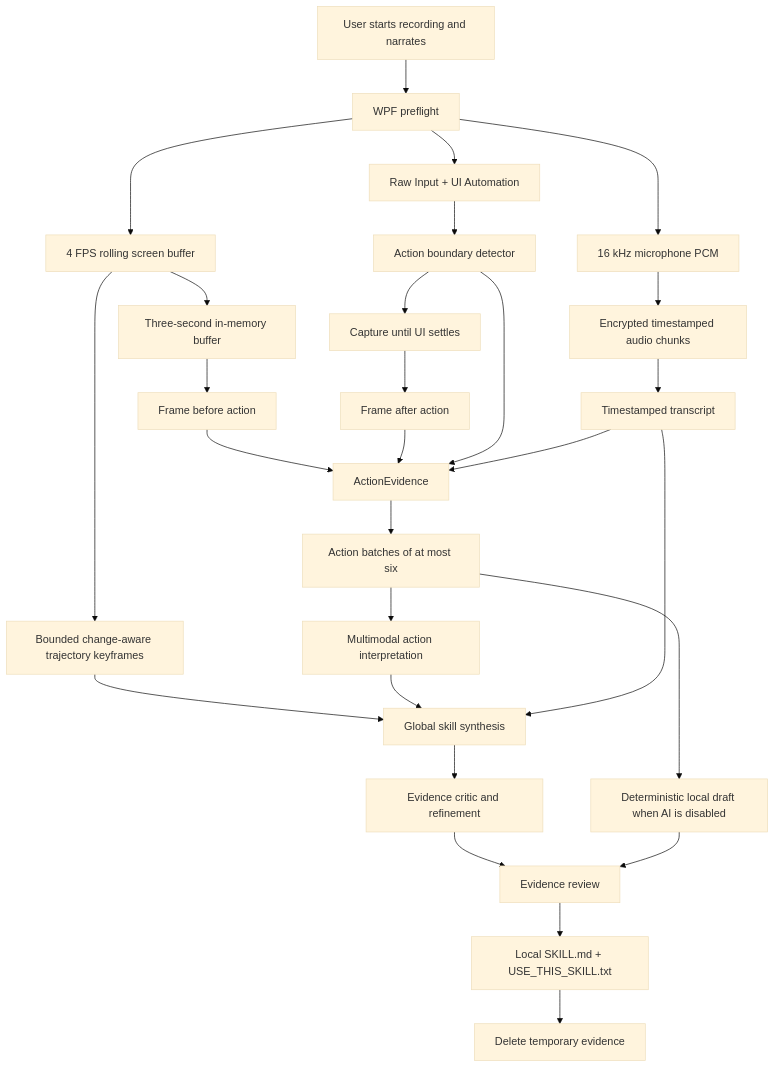
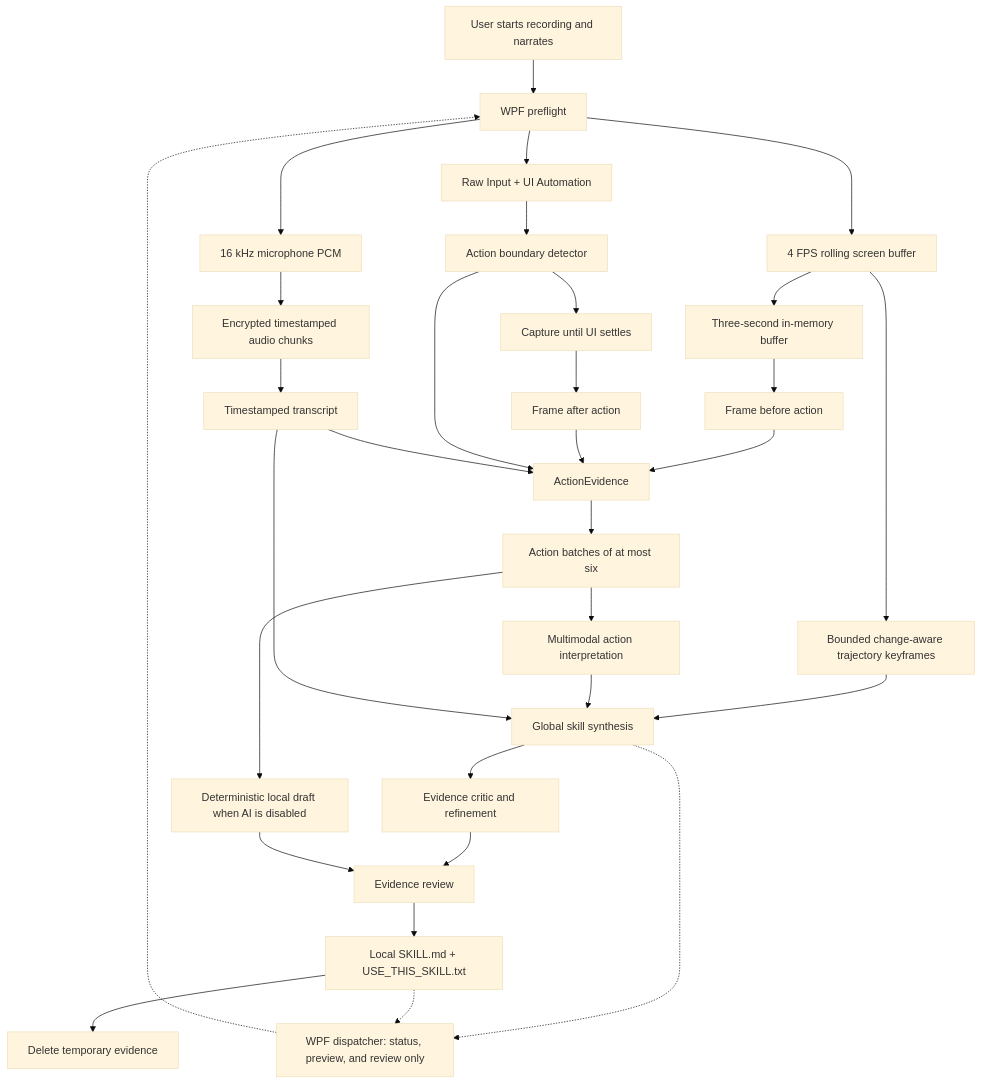
The diagram in ARCHITECTURE.md (codemanojhv/OhMySkill), drawn with Mermaid (base theme) before and after one commit. The commit also changed other lines of this file and 11 other files, not shown here.

````diff
--- a/ARCHITECTURE.md
+++ b/ARCHITECTURE.md
@@ -5,30 +5,33 @@
 ```mermaid
 flowchart TD
     U["User starts recording and narrates"] --> P["WPF preflight"]
     P --> A["16 kHz microphone PCM"]
     P --> S["4 FPS rolling screen buffer"]
     P --> I["Raw Input + UI Automation"]
     A --> AC["Encrypted timestamped audio chunks"]
     S --> RB["Three-second in-memory buffer"]
     S --> TK["Bounded change-aware trajectory keyframes"]
     I --> AB["Action boundary detector"]
     RB --> BF["Frame before action"]
     AB --> ST["Capture until UI settles"]
     ST --> AF["Frame after action"]
     BF --> E["ActionEvidence"]
     AF --> E
     AB --> E
     AC --> T["Timestamped transcript"]
     T --> E
     E --> B["Action batches of at most six"]
     B --> AI1["Multimodal action interpretation"]
     B --> L["Deterministic local draft when AI is disabled"]
     TK --> AI2["Global skill synthesis"]
     AI1 --> AI2
     T --> AI2
     AI2 --> C["Evidence critic and refinement"]
     C --> R["Evidence review"]
     L --> R
     R --> O["Local SKILL.md + USE_THIS_SKILL.txt"]
     O --> D["Delete temporary evidence"]
+    UI["WPF dispatcher: status, preview, and review only"] -.-> P
+    AI2 -.-> UI
+    O -.-> UI
 ```
````
